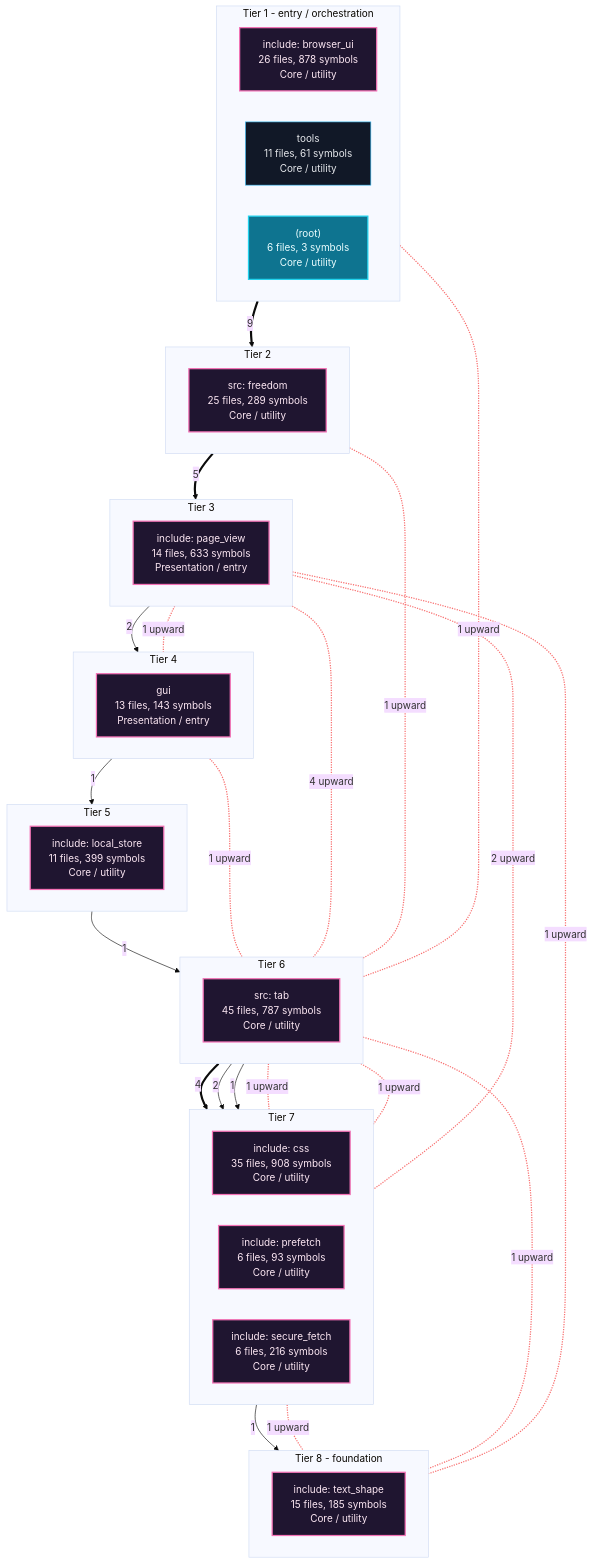
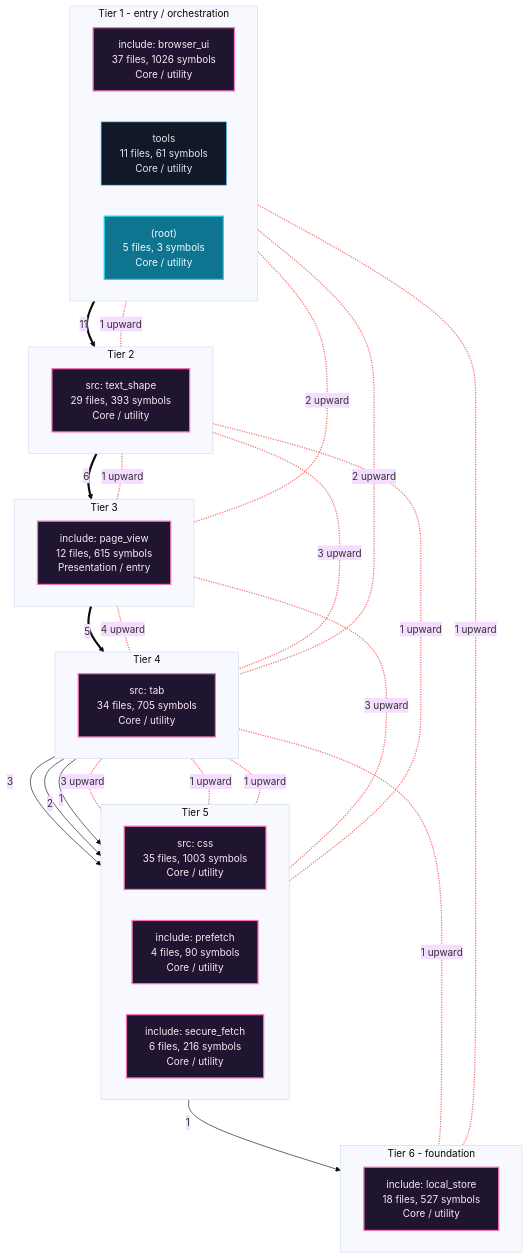
Before and after one commit to grisuno/FreeDom: the first of 7 diagrams in readmenator-apidocs/architecture.md, drawn with Mermaid (base theme). The commit also changed other lines of this file and 364 other files, not shown here.

````diff
--- a/readmenator-apidocs/architecture.md
+++ b/readmenator-apidocs/architecture.md
@@ -11,70 +11,60 @@
 ```mermaid
 flowchart TB
     classDef cycle fill:#1f1530,stroke:#f472b6,color:#fce7f3,stroke-width:2px;
     classDef default fill:#111827,stroke:#38bdf8,color:#e5e7eb;
     classDef entry fill:#0e7490,stroke:#22d3ee,color:#ecfeff,stroke-width:2px;
     subgraph lane_0["Tier 1 - entry / orchestration"]
         direction LR
-        n_c2["include: browser_ui<br/>26 files, 878 symbols<br/>Core / utility"]:::cycle
+        n_c0["include: browser_ui<br/>37 files, 1026 symbols<br/>Core / utility"]:::cycle
         n_d_tools["tools<br/>11 files, 61 symbols<br/>Core / utility"]:::default
-        n_d__root_["(root)<br/>6 files, 3 symbols<br/>Core / utility"]:::entry
+        n_d__root_["(root)<br/>5 files, 3 symbols<br/>Core / utility"]:::entry
     end
     subgraph lane_1["Tier 2"]
         direction LR
-        n_c3["src: freedom<br/>25 files, 289 symbols<br/>Core / utility"]:::cycle
+        n_c3["src: text_shape<br/>29 files, 393 symbols<br/>Core / utility"]:::cycle
     end
     subgraph lane_2["Tier 3"]
         direction LR
-        n_c4["include: page_view<br/>14 files, 633 symbols<br/>Presentation / entry"]:::cycle
+        n_c5["include: page_view<br/>12 files, 615 symbols<br/>Presentation / entry"]:::cycle
     end
     subgraph lane_3["Tier 4"]
         direction LR
-        n_c7["gui<br/>13 files, 143 symbols<br/>Presentation / entry"]:::cycle
+        n_c2["src: tab<br/>34 files, 705 symbols<br/>Core / utility"]:::cycle
     end
     subgraph lane_4["Tier 5"]
         direction LR
-        n_c6["include: local_store<br/>11 files, 399 symbols<br/>Core / utility"]:::cycle
+        n_c1["src: css<br/>35 files, 1003 symbols<br/>Core / utility"]:::cycle
+        n_c7["include: prefetch<br/>4 files, 90 symbols<br/>Core / utility"]:::cycle
+        n_c6["include: secure_fetch<br/>6 files, 216 symbols<br/>Core / utility"]:::cycle
     end
-    subgraph lane_5["Tier 6"]
+    subgraph lane_5["Tier 6 - foundation"]
         direction LR
-        n_c0["src: tab<br/>45 files, 787 symbols<br/>Core / utility"]:::cycle
+        n_c4["include: local_store<br/>18 files, 527 symbols<br/>Core / utility"]:::cycle
     end
-    subgraph lane_6["Tier 7"]
-        direction LR
-        n_c1["include: css<br/>35 files, 908 symbols<br/>Core / utility"]:::cycle
-        n_c9["include: prefetch<br/>6 files, 93 symbols<br/>Core / utility"]:::cycle
-        n_c8["include: secure_fetch<br/>6 files, 216 symbols<br/>Core / utility"]:::cycle
-    end
-    subgraph lane_7["Tier 8 - foundation"]
-        direction LR
-        n_c5["include: text_shape<br/>15 files, 185 symbols<br/>Core / utility"]:::cycle
-    end
-    n_c0 ==>|"4"| n_c1
-    n_c0 -->|"2"| n_c8
-    n_c0 -->|"1"| n_c9
-    n_c1 -->|"1"| n_c5
-    n_c2 ==>|"9"| n_c3
-    n_c3 ==>|"5"| n_c4
-    n_c4 -->|"2"| n_c7
-    n_c6 -->|"1"| n_c0
-    n_c7 -->|"1"| n_c6
-    n_c2 <-.-|"1 upward"| n_c0
-    n_c3 <-.-|"1 upward"| n_c0
-    n_c4 <-.-|"4 upward"| n_c0
-    n_c7 <-.-|"1 upward"| n_c0
-    n_c4 <-.-|"2 upward"| n_c1
-    n_c0 <-.-|"1 upward"| n_c5
-    n_c1 <-.-|"1 upward"| n_c5
-    n_c4 <-.-|"1 upward"| n_c5
-    n_c4 <-.-|"1 upward"| n_c7
-    n_c0 <-.-|"1 upward"| n_c8
-    n_c0 <-.-|"1 upward"| n_c9
-    linkStyle 9,10,11,12,13,14,15,16,17,18,19 stroke:#f87171,stroke-width:2px;
-    n_c2 ~~~ n_c3
-    n_c3 ~~~ n_c4
-    n_c4 ~~~ n_c7
-    n_c7 ~~~ n_c6
-    n_c6 ~~~ n_c0
-    n_c0 ~~~ n_c1
-    n_c1 ~~~ n_c5
+    n_c0 ==>|"11"| n_c3
+    n_c1 -->|"1"| n_c4
+    n_c2 -->|"3"| n_c1
+    n_c2 -->|"2"| n_c6
+    n_c2 -->|"1"| n_c7
+    n_c3 ==>|"6"| n_c5
+    n_c5 ==>|"5"| n_c2
+    n_c2 <-.-|"3 upward"| n_c1
+    n_c3 <-.-|"1 upward"| n_c1
+    n_c5 <-.-|"3 upward"| n_c1
+    n_c0 <-.-|"2 upward"| n_c2
+    n_c3 <-.-|"3 upward"| n_c2
+    n_c5 <-.-|"4 upward"| n_c2
+    n_c0 <-.-|"1 upward"| n_c3
+    n_c0 <-.-|"1 upward"| n_c4
+    n_c2 <-.-|"1 upward"| n_c4
+    n_c0 <-.-|"2 upward"| n_c5
+    n_c3 <-.-|"1 upward"| n_c5
+    n_c2 <-.-|"1 upward"| n_c6
+    n_c2 <-.-|"1 upward"| n_c7
+    linkStyle 7,8,9,10,11,12,13,14,15,16,17,18,19 stroke:#f87171,stroke-width:2px;
+    n_c0 ~~~ n_c3
+    n_c3 ~~~ n_c5
+    n_c5 ~~~ n_c2
+    n_c2 ~~~ n_c1
+    n_c1 ~~~ n_c4
 ```
````
